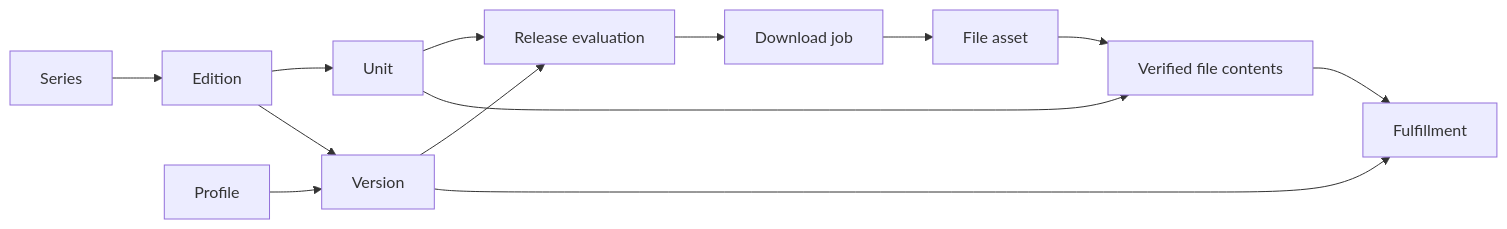
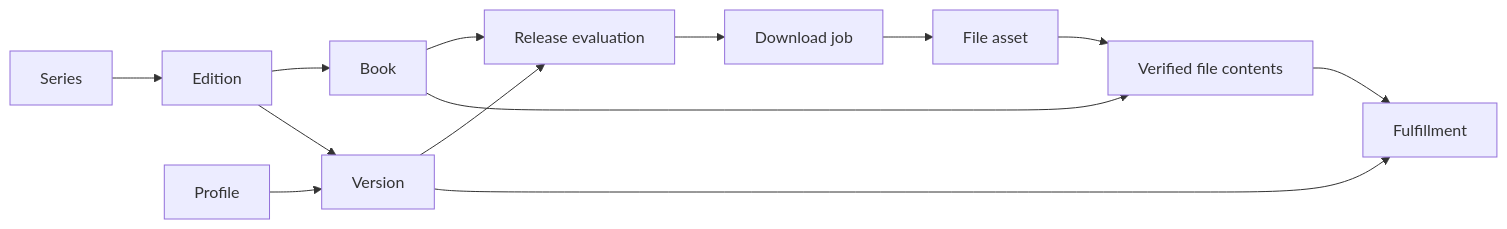
Before and after one commit to h-wb/sento: the diagram in docs/domain/collections.md, drawn with Mermaid. The commit also changed other lines of this file and 64 other files, not shown here.

````diff
--- a/docs/domain/collections.md
+++ b/docs/domain/collections.md
@@ -17,15 +17,15 @@
 ```mermaid
 flowchart LR
   Series --> Edition
-  Edition --> Unit
+  Edition --> Book
   Edition --> Version
   Profile --> Version
   Release[Release evaluation] --> Job[Download job]
   Version --> Release
-  Unit --> Release
+  Book --> Release
   Job --> Asset[File asset]
   Asset --> Contents[Verified file contents]
-  Unit --> Contents
+  Book --> Contents
   Contents --> Fulfillment
   Version --> Fulfillment
 ```
````
